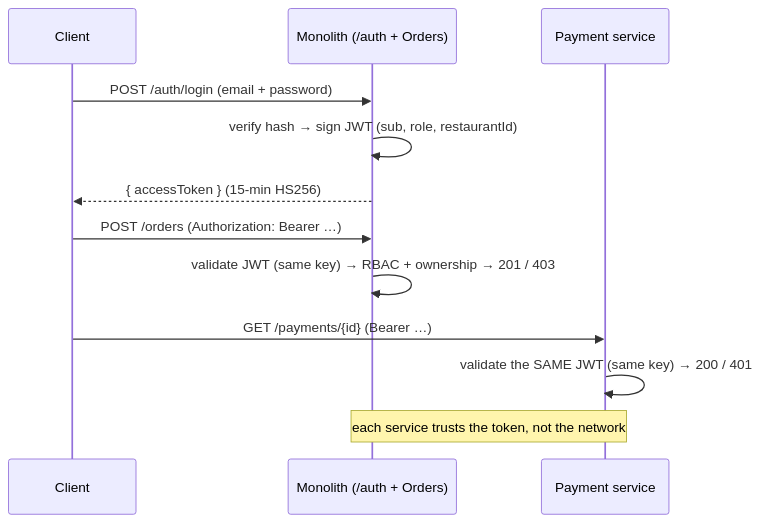
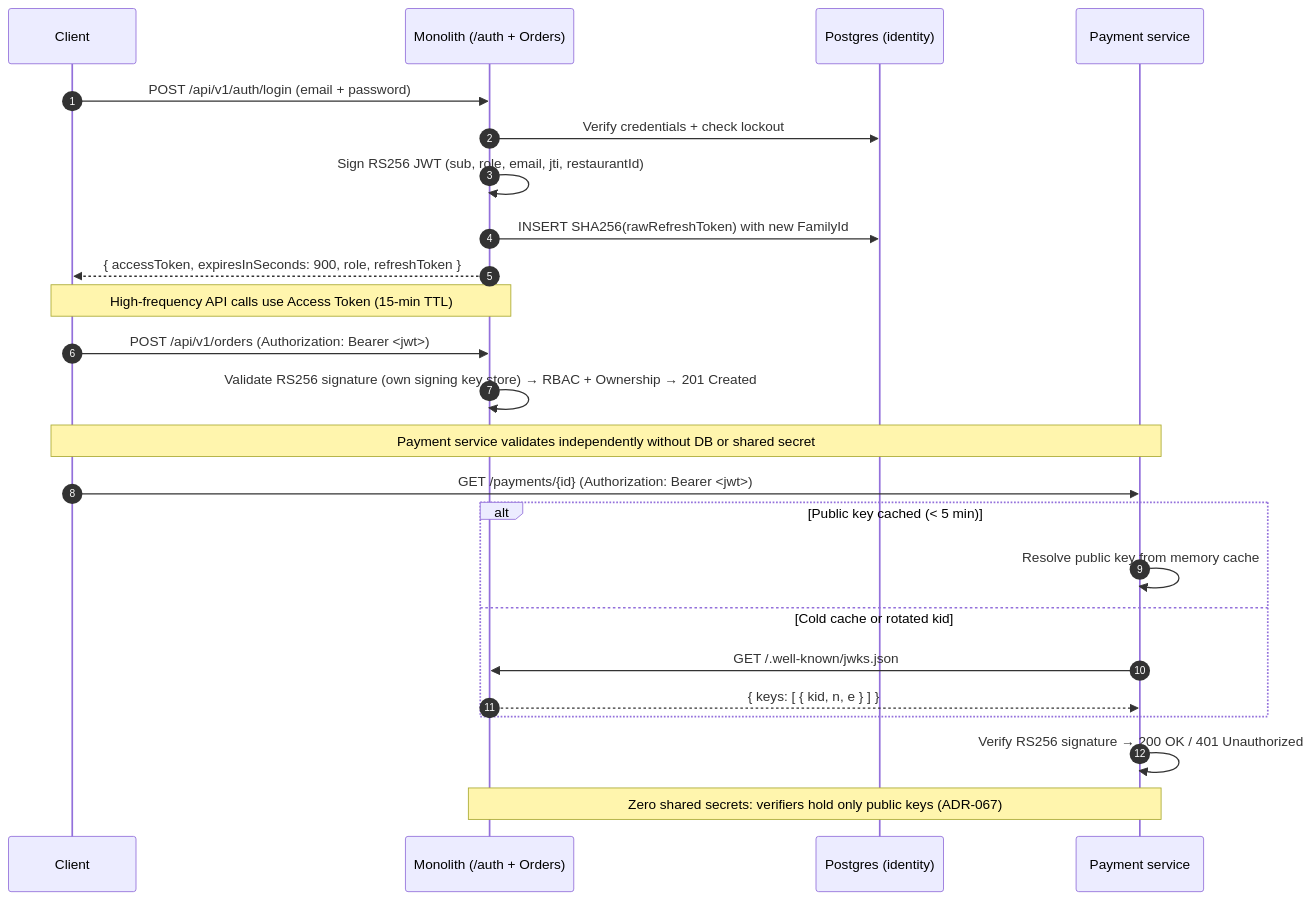
One commit to desiarchitect/tadka-cohort changed the first of 5 diagrams in docs/diagrams/day-10-auth.md. Above: the diagram before and after it, drawn with Mermaid. The commit also changed other lines of this file and 23 other files, not shown here.

````diff
--- a/docs/diagrams/day-10-auth.md
+++ b/docs/diagrams/day-10-auth.md
@@ -9,14 +18,29 @@
 ```mermaid
 sequenceDiagram
+    autonumber
     participant C as Client
     participant M as Monolith (/auth + Orders)
+    participant DB as Postgres (identity)
     participant P as Payment service
-    C->>M: POST /auth/login (email + password)
-    M->>M: verify hash → sign JWT (sub, role, restaurantId)
-    M-->>C: { accessToken }  (15-min HS256)
-    C->>M: POST /orders  (Authorization: Bearer …)
-    M->>M: validate JWT (same key) → RBAC + ownership → 201 / 403
-    C->>P: GET /payments/{id}  (Bearer …)
-    P->>P: validate the SAME JWT (same key) → 200 / 401
-    Note over M,P: each service trusts the token, not the network
+
+    C->>M: POST /api/v1/auth/login (email + password)
+    M->>DB: Verify credentials + check lockout
+    M->>M: Sign RS256 JWT (sub, role, email, jti, restaurantId)
+    M->>DB: INSERT SHA256(rawRefreshToken) with new FamilyId
+    M-->>C: { accessToken, expiresInSeconds: 900, role, refreshToken }
+
+    Note over C,M: High-frequency API calls use Access Token (15-min TTL)
+    C->>M: POST /api/v1/orders (Authorization: Bearer <jwt>)
+    M->>M: Validate RS256 signature (own signing key store) → RBAC + Ownership → 201 Created
+
+    Note over C,P: Payment service validates independently without DB or shared secret
+    C->>P: GET /payments/{id} (Authorization: Bearer <jwt>)
+    alt Public key cached (< 5 min)
+        P->>P: Resolve public key from memory cache
+    else Cold cache or rotated kid
+        P->>M: GET /.well-known/jwks.json
+        M-->>P: { keys: [ { kid, n, e } ] }
+    end
+    P->>P: Verify RS256 signature → 200 OK / 401 Unauthorized
+    Note over M,P: Zero shared secrets: verifiers hold only public keys (ADR-067)
 ```
````
